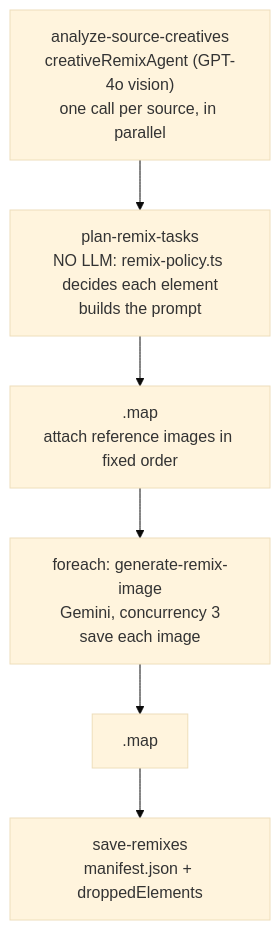
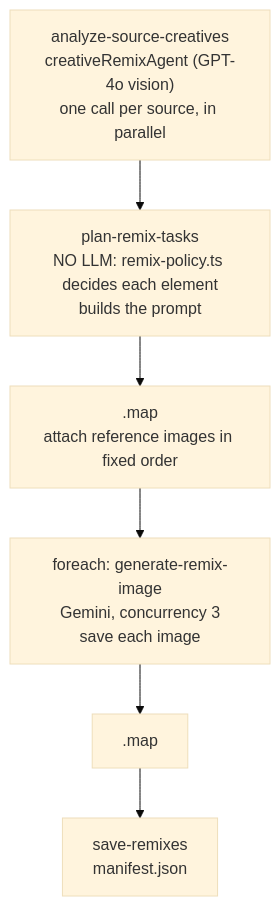
Before and after one commit to dcDalin/terravow-workflows: the diagram in docs/workflows/remix-creative.md, drawn with Mermaid (base theme). The commit also changed other lines of this file and 42 other files, not shown here.

````diff
--- a/docs/workflows/remix-creative.md
+++ b/docs/workflows/remix-creative.md
@@ -61,7 +61,7 @@
 ```mermaid
 flowchart TD
   A["analyze-source-creatives<br/>creativeRemixAgent (GPT-4o vision)<br/>one call per source, in parallel"] --> B["plan-remix-tasks<br/>NO LLM: remix-policy.ts decides each element<br/>builds the prompt"]
   B --> C[".map<br/>attach reference images in fixed order"]
   C --> D["foreach: generate-remix-image<br/>Gemini, concurrency 3<br/>save each image"]
-  D --> E[".map"] --> F["save-remixes<br/>manifest.json + droppedElements"]
+  D --> E[".map"] --> F["save-remixes<br/>manifest.json"]
 ```
````
